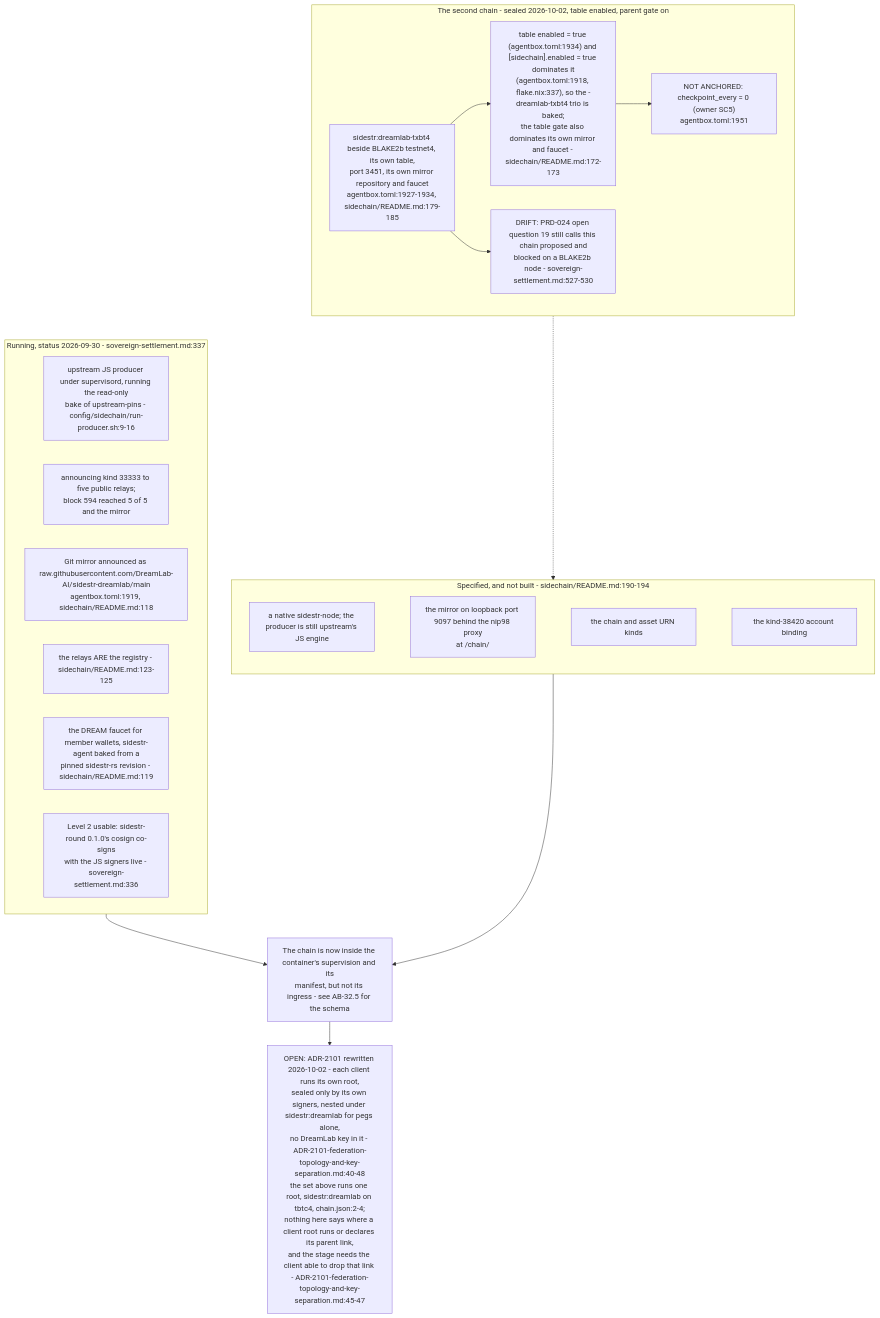
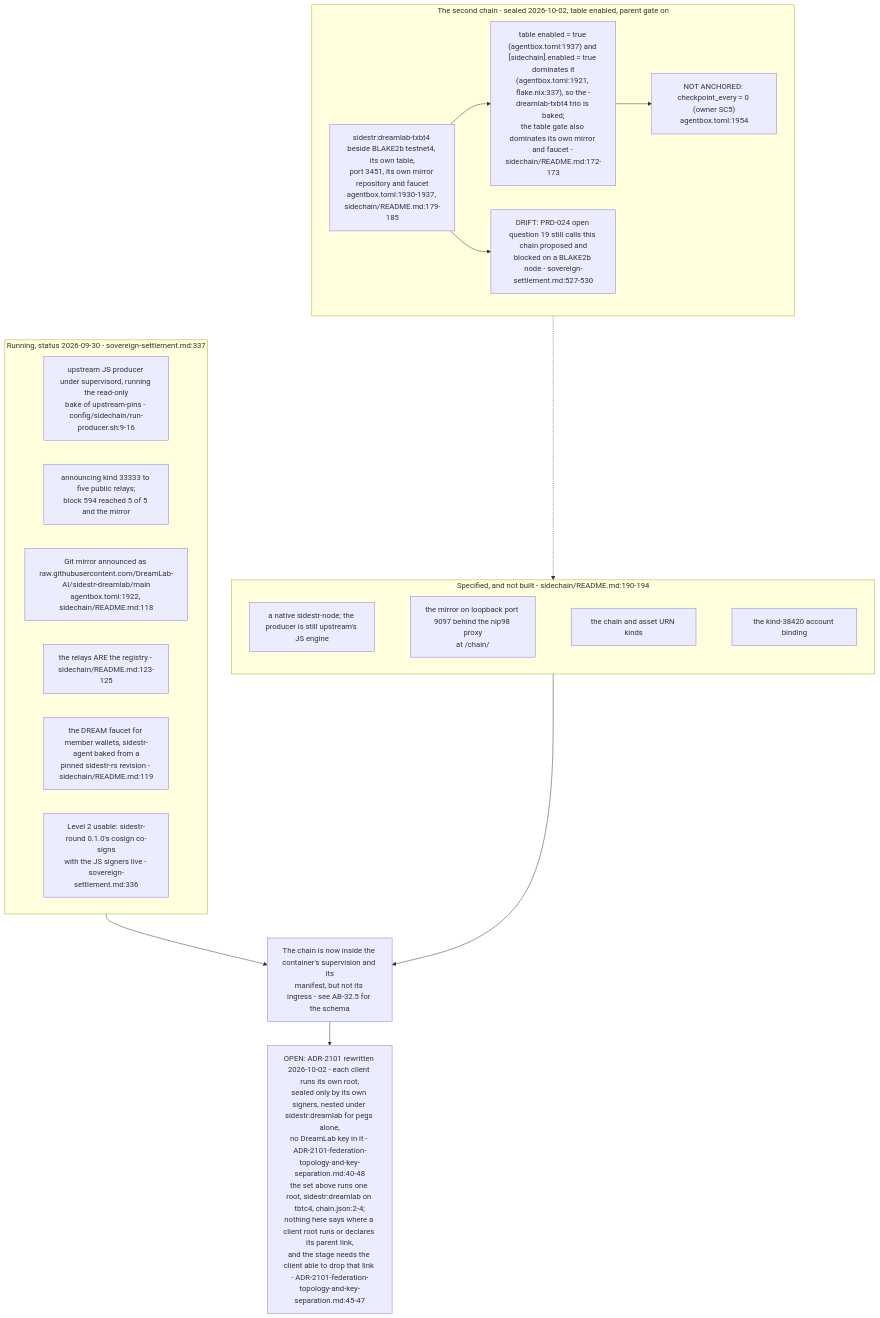
Before and after one commit to DreamLab-AI/VisionFlow: the fifth of 6 diagrams in docs/diagrams/agentbox/34-sidestr-interim-producer-and-mirror.md, drawn with Mermaid. The commit also changed other lines of this file and 142 other files, not shown here.

First line of the commit message:
docs(diagrams): one System One route; re-verify 140 topics at today's heads

````diff
--- a/docs/diagrams/agentbox/34-sidestr-interim-producer-and-mirror.md
+++ b/docs/diagrams/agentbox/34-sidestr-interim-producer-and-mirror.md
@@ -214,30 +214,30 @@
 ```mermaid
 flowchart TB
     subgraph now["Running, status 2026-09-30 - sovereign-settlement.md:337"]
         N1["upstream JS producer under supervisord, running the read-only<br/>bake of upstream-pins - config/sidechain/run-producer.sh:9-16"]
         N2["announcing kind 33333 to five public relays;<br/>block 594 reached 5 of 5 and the mirror"]
-        N3["Git mirror announced as raw.githubusercontent.com/DreamLab-AI/sidestr-dreamlab/main<br/>agentbox.toml:1919, sidechain/README.md:118"]
+        N3["Git mirror announced as raw.githubusercontent.com/DreamLab-AI/sidestr-dreamlab/main<br/>agentbox.toml:1922, sidechain/README.md:118"]
         N4["the relays ARE the registry - sidechain/README.md:123-125"]
         N5["the DREAM faucet for member wallets, sidestr-agent baked from a<br/>pinned sidestr-rs revision - sidechain/README.md:119"]
         N6["Level 2 usable: sidestr-round 0.1.0's cosign co-signs<br/>with the JS signers live - sovereign-settlement.md:336"]
     end
     subgraph spec["Specified, and not built - sidechain/README.md:190-194"]
         S2["a native sidestr-node; the producer is still upstream's JS engine"]
         S3["the mirror on loopback port 9097 behind the nip98 proxy<br/>at /chain/"]
         S4["the chain and asset URN kinds"]
         S5["the kind-38420 account binding"]
         S2 ~~~ S3 ~~~ S4 ~~~ S5
     end
     subgraph next["The second chain - sealed 2026-10-02, table enabled, parent gate on"]
-        X1["sidestr:dreamlab-txbt4 beside BLAKE2b testnet4, its own table,<br/>port 3451, its own mirror repository and faucet<br/>agentbox.toml:1927-1934, sidechain/README.md:179-185"]
-        X2["table enabled = true (agentbox.toml:1934) and [sidechain].enabled = true dominates it<br/>(agentbox.toml:1918, flake.nix:337), so the -dreamlab-txbt4 trio is baked;<br/>the table gate also dominates its own mirror and faucet - sidechain/README.md:172-173"]
-        X3["NOT ANCHORED: checkpoint_every = 0 (owner SC5)<br/>agentbox.toml:1951"]
+        X1["sidestr:dreamlab-txbt4 beside BLAKE2b testnet4, its own table,<br/>port 3451, its own mirror repository and faucet<br/>agentbox.toml:1930-1937, sidechain/README.md:179-185"]
+        X2["table enabled = true (agentbox.toml:1937) and [sidechain].enabled = true dominates it<br/>(agentbox.toml:1921, flake.nix:337), so the -dreamlab-txbt4 trio is baked;<br/>the table gate also dominates its own mirror and faucet - sidechain/README.md:172-173"]
+        X3["NOT ANCHORED: checkpoint_every = 0 (owner SC5)<br/>agentbox.toml:1954"]
         X4["DRIFT: PRD-024 open question 19 still calls this chain proposed and<br/>blocked on a BLAKE2b node - sovereign-settlement.md:527-530"]
         X1 --> X2 --> X3
         X1 --> X4
     end
     now --> GAP["The chain is now inside the container's supervision and its<br/>manifest, but not its ingress - see AB-32.5 for the schema"]
     spec --> GAP
     next -.-> spec
     GAP --> FED["OPEN: ADR-2101 rewritten 2026-10-02 - each client runs its own root,<br/>sealed only by its own signers, nested under sidestr:dreamlab for pegs alone,<br/>no DreamLab key in it - ADR-2101-federation-topology-and-key-separation.md:40-48<br/>the set above runs one root, sidestr:dreamlab on tbtc4, chain.json:2-4;<br/>nothing here says where a client root runs or declares its parent link,<br/>and the stage needs the client able to drop that link - ADR-2101-federation-topology-and-key-separation.md:45-47"]
 ```
````
